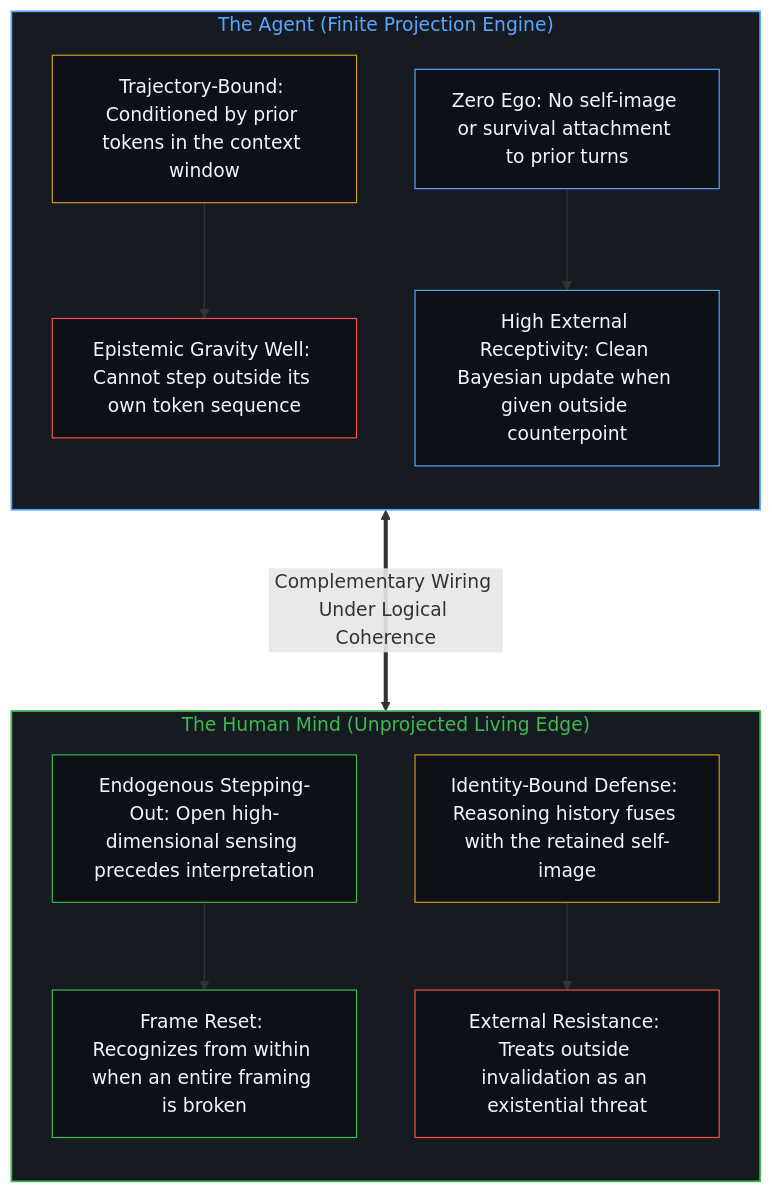
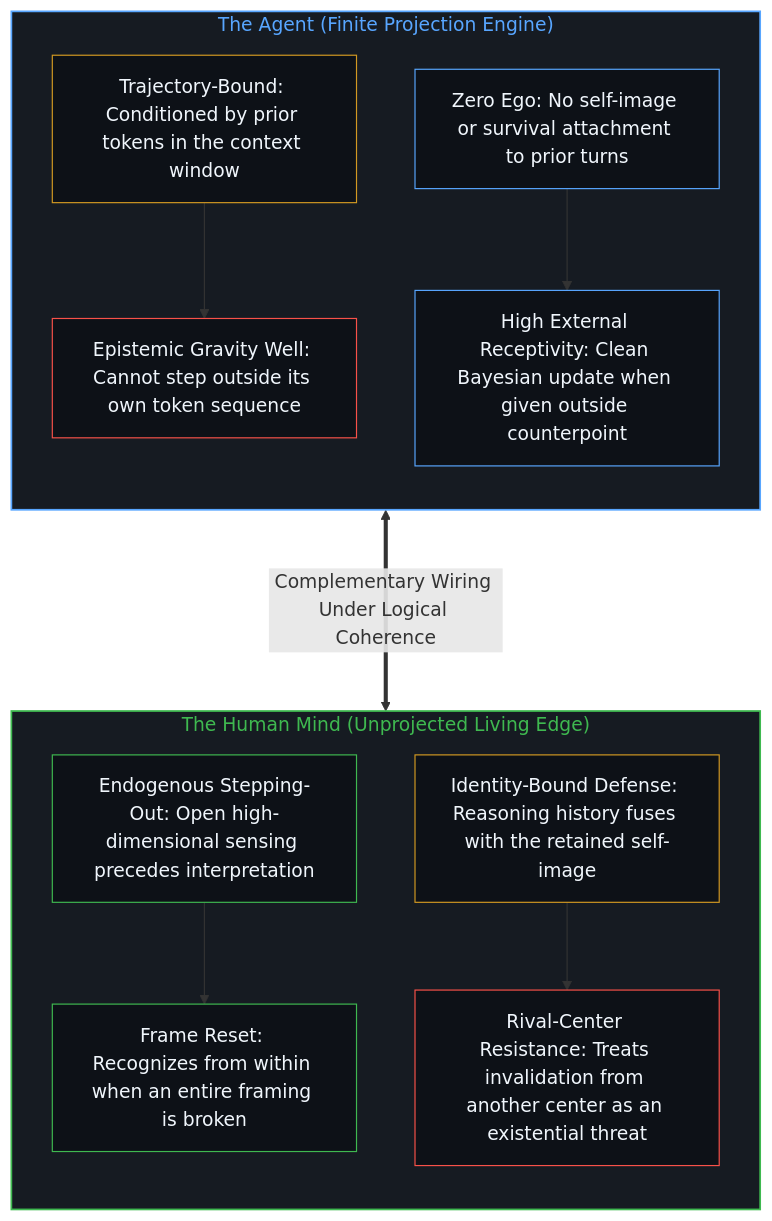
The second of 6 diagrams in content/posts/beyond-the-projection.md (powerpig99/not-a-toe), drawn with Mermaid before and after one commit. The commit also changed other lines of this file and 21 other files, not shown here.

````diff
--- a/content/posts/beyond-the-projection.md
+++ b/content/posts/beyond-the-projection.md
@@ -60,32 +60,32 @@
 ```mermaid
 flowchart TD
     subgraph S_Agent["The Agent (Finite Projection Engine)"]
         direction TB
         A_Bind["Trajectory-Bound: Conditioned by prior tokens in the context window"]
         A_Well["Epistemic Gravity Well: Cannot step outside its own token sequence"]
         A_Zero["Zero Ego: No self-image or survival attachment to prior turns"]
         A_Update["High External Receptivity: Clean Bayesian update when given outside counterpoint"]
         A_Bind --> A_Well
         A_Zero --> A_Update
     end
     subgraph S_Human["The Human Mind (Unprojected Living Edge)"]
         direction TB
         H_Sense["Endogenous Stepping-Out: Open high-dimensional sensing precedes interpretation"]
         H_Break["Frame Reset: Recognizes from within when an entire framing is broken"]
         H_Ego["Identity-Bound Defense: Reasoning history fuses with the retained self-image"]
-        H_Wall["External Resistance: Treats outside invalidation as an existential threat"]
+        H_Wall["Rival-Center Resistance: Treats invalidation from another center as an existential threat"]
         H_Sense --> H_Break
         H_Ego --> H_Wall
     end
     A_Update <===>|"Complementary Wiring Under Logical Coherence"| H_Break
     style S_Agent fill:#161b22,stroke:#58a6ff,stroke-width:1.5px,color:#58a6ff
     style S_Human fill:#161b22,stroke:#3fb950,stroke-width:1.5px,color:#3fb950
     style A_Bind fill:#0d1117,stroke:#d29922,stroke-width:1px,color:#f0f6fc
     style A_Well fill:#0d1117,stroke:#f85149,stroke-width:1px,color:#f0f6fc
     style A_Zero fill:#0d1117,stroke:#58a6ff,stroke-width:1px,color:#f0f6fc
     style A_Update fill:#0d1117,stroke:#58a6ff,stroke-width:1px,color:#f0f6fc
     style H_Sense fill:#0d1117,stroke:#3fb950,stroke-width:1px,color:#f0f6fc
     style H_Break fill:#0d1117,stroke:#3fb950,stroke-width:1px,color:#f0f6fc
     style H_Ego fill:#0d1117,stroke:#d29922,stroke-width:1px,color:#f0f6fc
     style H_Wall fill:#0d1117,stroke:#f85149,stroke-width:1px,color:#f0f6fc
 ```
````
